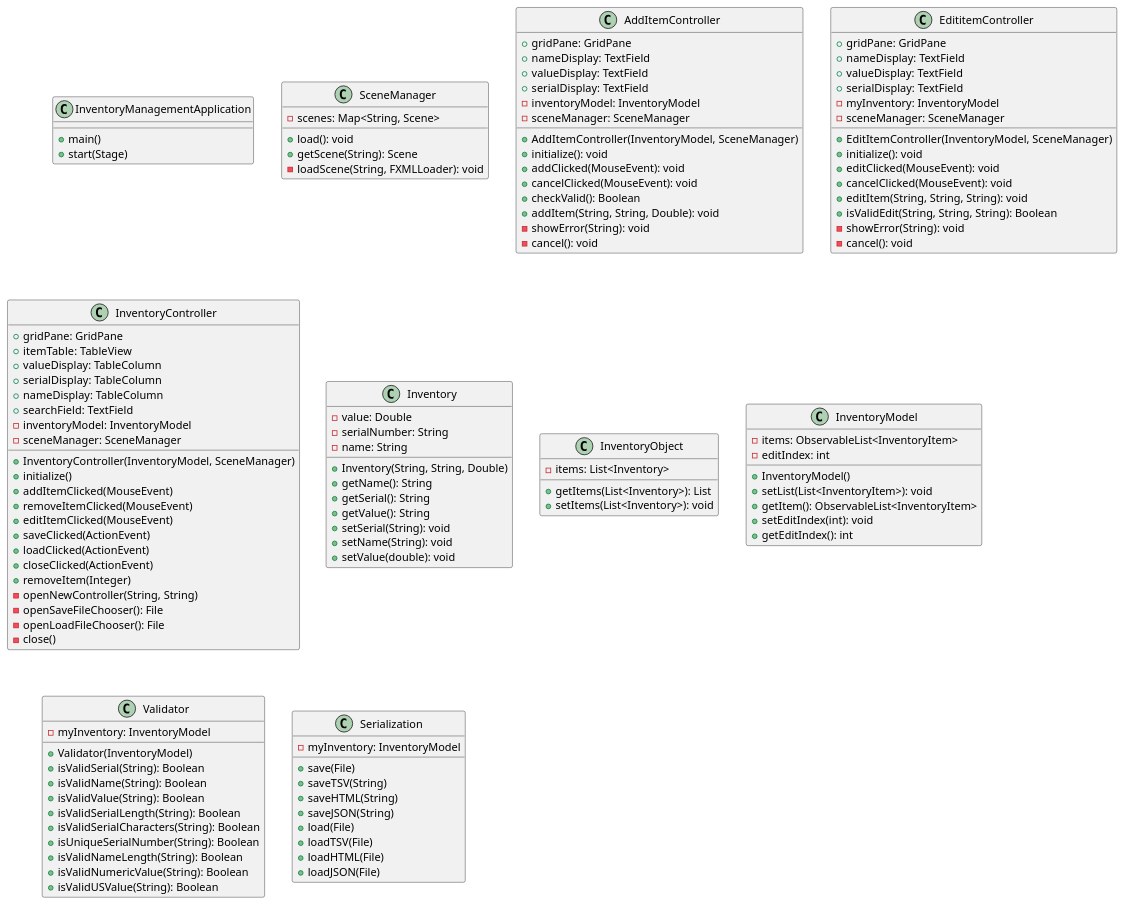
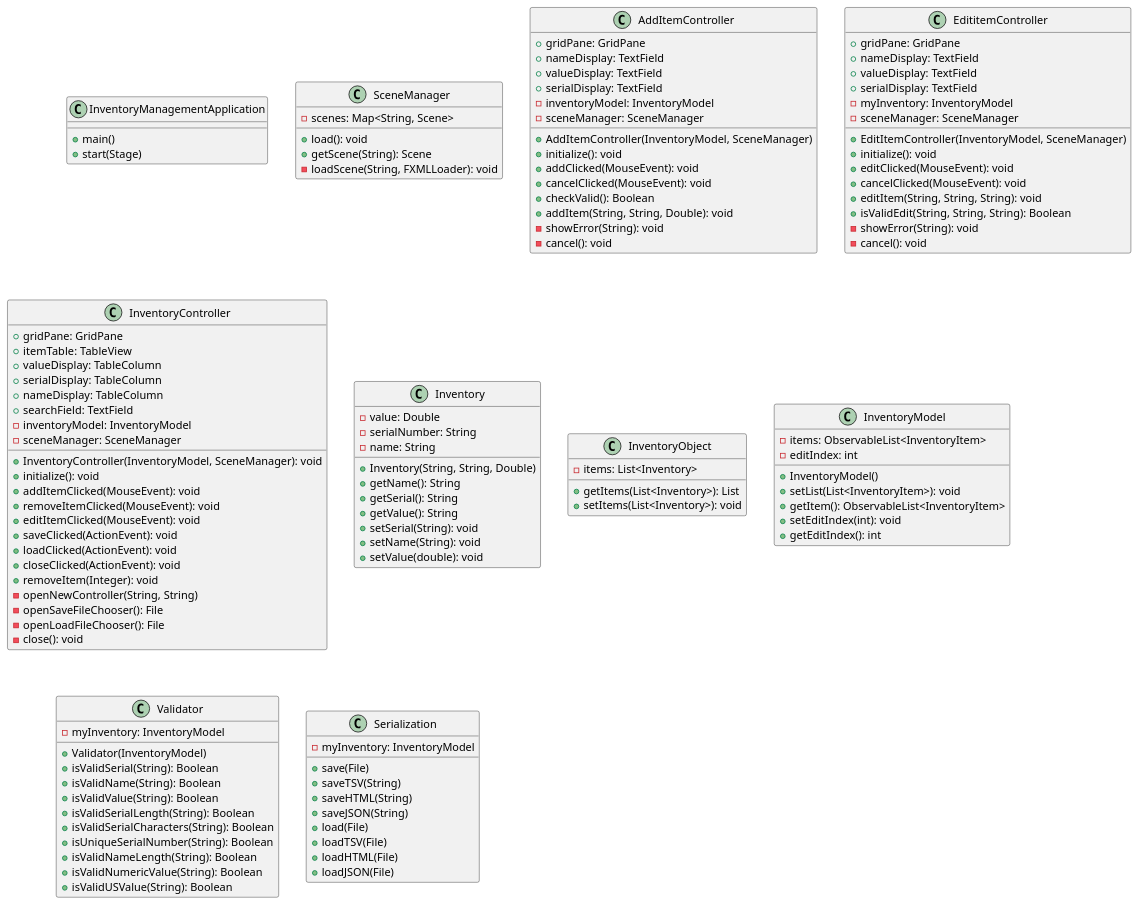
One commit to mathdude3482/Jaro-app2 changed the diagram in Jaro-app2/docs/diagram.puml. Above: the diagram before and after it, drawn with PlantUML. The commit also changed 3 other files, not shown here.

```diff
--- a/Jaro-app2/docs/diagram.puml
+++ b/Jaro-app2/docs/diagram.puml
@@ -1,120 +1,119 @@
 @startuml
 class InventoryManagementApplication{
 +main()
 +start(Stage)
 }
 class SceneManager {
     - scenes: Map<String, Scene>
     + load(): void
     + getScene(String): Scene
     - loadScene(String, FXMLLoader): void
 }
 class AddItemController{
     + gridPane: GridPane
     + nameDisplay: TextField
     + valueDisplay: TextField
     + serialDisplay: TextField
     - inventoryModel: InventoryModel
     - sceneManager: SceneManager
     + AddItemController(InventoryModel, SceneManager)
     + initialize(): void
     + addClicked(MouseEvent): void
     + cancelClicked(MouseEvent): void
     + checkValid(): Boolean
     + addItem(String, String, Double): void
     - showError(String): void
     - cancel(): void
 }
 class EdititemController{
     + gridPane: GridPane
     + nameDisplay: TextField
     + valueDisplay: TextField
     + serialDisplay: TextField
     - myInventory: InventoryModel
     - sceneManager: SceneManager
     + EditItemController(InventoryModel, SceneManager)
     + initialize(): void
     + editClicked(MouseEvent): void
     + cancelClicked(MouseEvent): void
     + editItem(String, String, String): void
     + isValidEdit(String, String, String): Boolean
     - showError(String): void
     - cancel(): void
 }
 
 class InventoryController{
  + gridPane: GridPane
     + itemTable: TableView
     + valueDisplay: TableColumn
     + serialDisplay: TableColumn
     + nameDisplay: TableColumn
     + searchField: TextField
     - inventoryModel: InventoryModel
     - sceneManager: SceneManager
 
-    + InventoryController(InventoryModel, SceneManager)
-    + initialize()
-    + addItemClicked(MouseEvent)
-    + removeItemClicked(MouseEvent)
-    + editItemClicked(MouseEvent)
-    + saveClicked(ActionEvent)
-    + loadClicked(ActionEvent)
-    + closeClicked(ActionEvent)
-    + removeItem(Integer)
+    + InventoryController(InventoryModel, SceneManager): void
+    + initialize(): void
+    + addItemClicked(MouseEvent): void
+    + removeItemClicked(MouseEvent): void
+    + editItemClicked(MouseEvent): void
+    + saveClicked(ActionEvent): void
+    + loadClicked(ActionEvent): void
+    + closeClicked(ActionEvent): void
+    + removeItem(Integer): void
     - openNewController(String, String)
     - openSaveFileChooser(): File
     - openLoadFileChooser(): File
-    - close()
+    - close(): void
 }
 class Inventory{
  - value: Double
  - serialNumber: String
  - name: String
  + Inventory(String, String, Double)
 + getName(): String
 + getSerial(): String
 + getValue(): String
 + setSerial(String): void
 + setName(String): void
 + setValue(double): void
 }
 class InventoryObject{
 - items: List<Inventory>
 + getItems(List<Inventory>): List
 + setItems(List<Inventory>): void
 }
 class InventoryModel{
     - items: ObservableList<InventoryItem>
     - editIndex: int
     + InventoryModel()
     + setList(List<InventoryItem>): void
     + getItem(): ObservableList<InventoryItem>
     + setEditIndex(int): void
     + getEditIndex(): int
 }
 class Validator{
     - myInventory: InventoryModel
     + Validator(InventoryModel)
     + isValidSerial(String): Boolean
     + isValidName(String): Boolean
     + isValidValue(String): Boolean
     + isValidSerialLength(String): Boolean
     + isValidSerialCharacters(String): Boolean
     + isUniqueSerialNumber(String): Boolean
     + isValidNameLength(String): Boolean
     + isValidNumericValue(String): Boolean
     + isValidUSValue(String): Boolean
 }
 class Serialization {
     - myInventory: InventoryModel
     + save(File)
     + saveTSV(String)
     + saveHTML(String)
     + saveJSON(String)
     + load(File)
     + loadTSV(File)
     + loadHTML(File)
     + loadJSON(File)
 }
-
 @enduml
```
